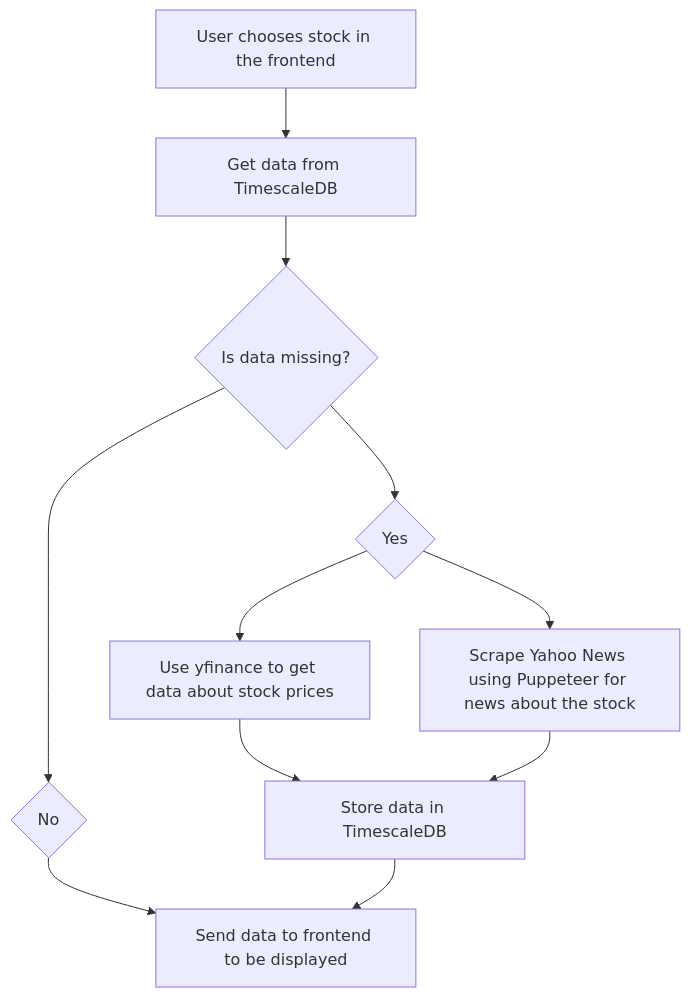
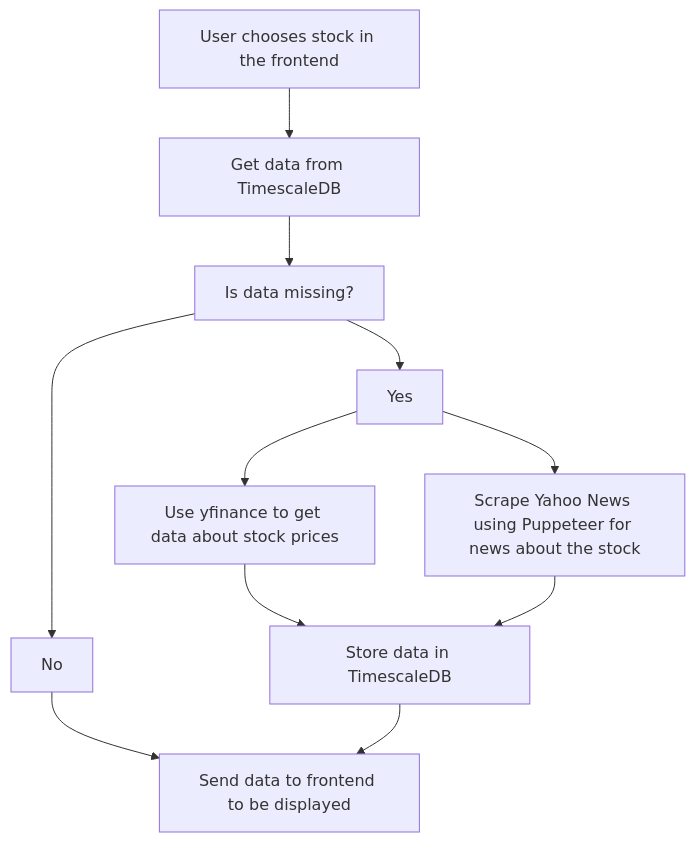
Before and after one commit to Amitav-Krishna/stock_news: the diagram in README.md, drawn with Mermaid.

Commit message:
Fixed diagram

````diff
--- a/README.md
+++ b/README.md
@@ -20,13 +20,13 @@
 ```mermaid
 graph TD
     A[User chooses stock in the frontend] --> B[Get data from TimescaleDB]
-    B --> C{Is data missing?}
-    C --> D{No}
-	C --> E{Yes}
+    B --> C[Is data missing?]
+    C --> D[No]
+	C --> E[Yes]
 	D --> F[Send data to frontend to be displayed]
     E --> G[Use yfinance to get data about stock prices]
     E --> H[Scrape Yahoo News using Puppeteer for news about the stock]
     G --> I[Store data in TimescaleDB]
-    H --> I[Store data in TimescaleDB]
+    H --> I
     I --> F
 ```
````
